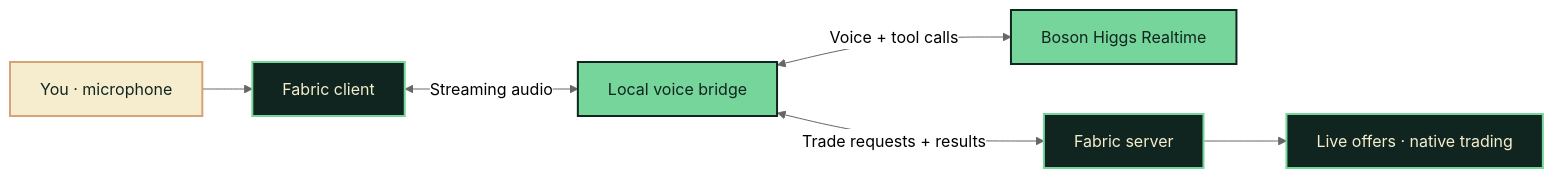
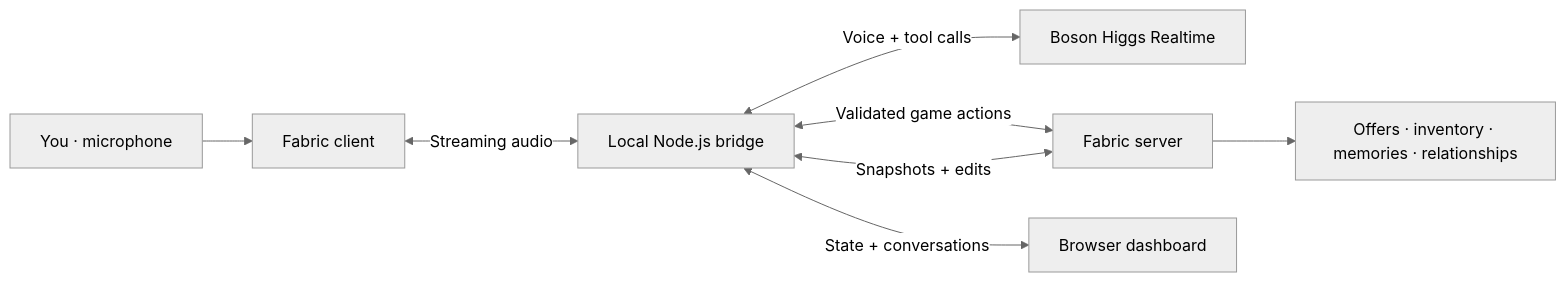
One commit to vchopra5/higgs-and-hrrm changed the diagram in README.md. Above: the diagram before and after it, drawn with Mermaid (neutral theme). The commit also changed other lines of this file and 3 other files, not shown here.

Commit message:
Document Boson integration and dashboard with live screenshots

````diff
--- a/README.md
+++ b/README.md
@@ -90,15 +176,10 @@
 ```mermaid
 flowchart LR
     P["You · microphone"] --> C["Fabric client"]
-    C <-->|"Streaming audio"| B["Local voice bridge"]
+    C <-->|"Streaming audio"| B["Local Node.js bridge"]
     B <-->|"Voice + tool calls"| H["Boson Higgs Realtime"]
-    B <-->|"Trade requests + results"| S["Fabric server"]
-    S --> T["Live offers · native trading"]
-
-    classDef game fill:#10251f,color:#f6edcf,stroke:#76d59a,stroke-width:2px
-    classDef voice fill:#76d59a,color:#10251f,stroke:#10251f,stroke-width:2px
-    classDef player fill:#f6edcf,color:#10251f,stroke:#d8a374,stroke-width:2px
-    class C,S,T game
-    class B,H voice
-    class P player
+    B <-->|"Validated game actions"| S["Fabric server"]
+    S --> T["Offers · inventory · memories · relationships"]
+    S <-->|"Snapshots + edits"| B
+    B <-->|"State + conversations"| D["Browser dashboard"]
 ```
````
